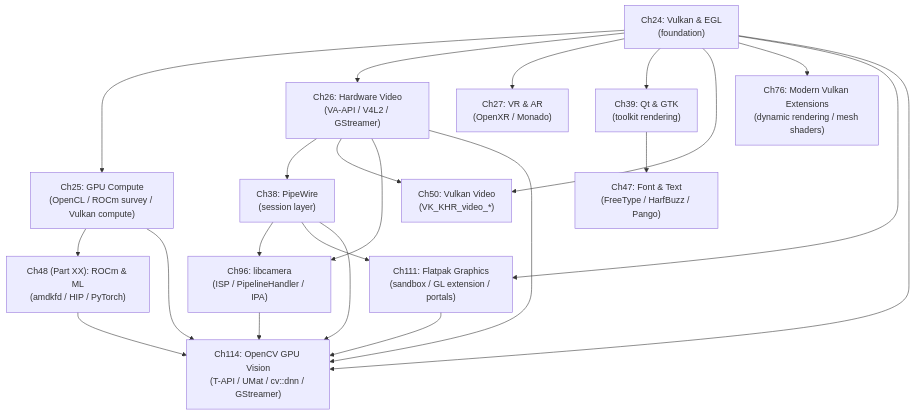
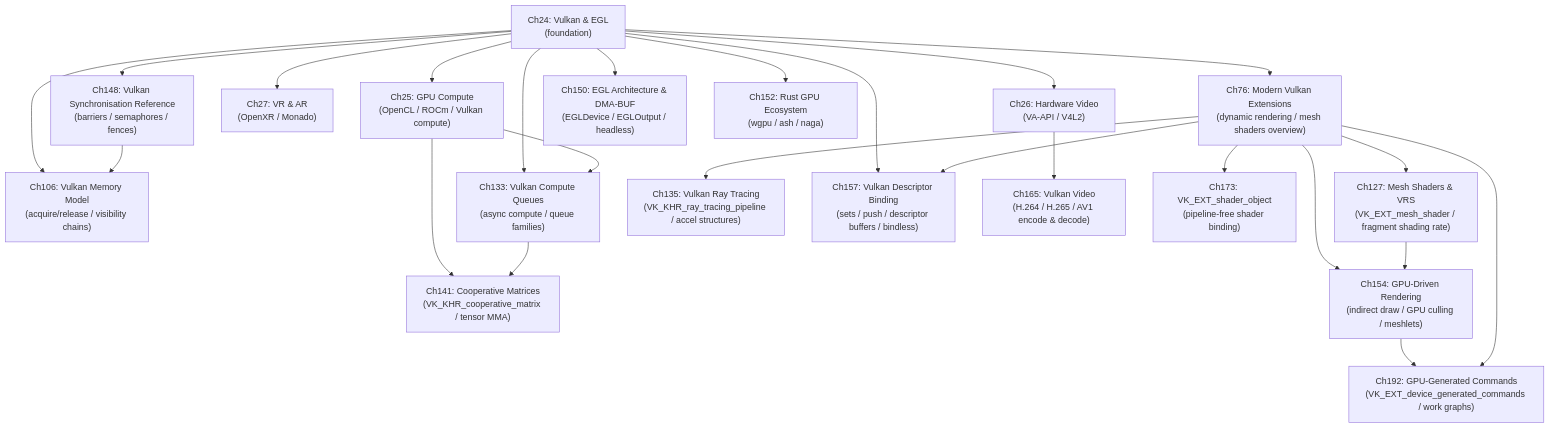
The diagram in chapters/part-07a-gpu-apis/part-intro.md (jreuben11/linux-graphics-stack-book), drawn with Mermaid before and after one commit. The commit also changed other lines of this file and 3 other files, not shown here.

````diff
--- a/chapters/part-07a-gpu-apis/part-intro.md
+++ b/chapters/part-07a-gpu-apis/part-intro.md
@@ -79,38 +67,45 @@
 ```mermaid
 graph TD
     Ch24["Ch24: Vulkan & EGL\n(foundation)"]
-    Ch25["Ch25: GPU Compute\n(OpenCL / ROCm survey / Vulkan compute)"]
-    Ch26["Ch26: Hardware Video\n(VA-API / V4L2 / GStreamer)"]
+    Ch25["Ch25: GPU Compute\n(OpenCL / ROCm / Vulkan compute)"]
+    Ch26["Ch26: Hardware Video\n(VA-API / V4L2)"]
     Ch27["Ch27: VR & AR\n(OpenXR / Monado)"]
-    Ch38["Ch38: PipeWire\n(session layer)"]
-    Ch39["Ch39: Qt & GTK\n(toolkit rendering)"]
-    Ch47["Ch47: Font & Text\n(FreeType / HarfBuzz / Pango)"]
-    Ch50["Ch50: Vulkan Video\n(VK_KHR_video_*)"]
-    Ch76["Ch76: Modern Vulkan Extensions\n(dynamic rendering / mesh shaders)"]
-    Ch96["Ch96: libcamera\n(ISP / PipelineHandler / IPA)"]
-    Ch111["Ch111: Flatpak Graphics\n(sandbox / GL extension / portals)"]
-    Ch114["Ch114: OpenCV GPU Vision\n(T-API / UMat / cv::dnn / GStreamer)"]
-    Ch48_XX["Ch48 (Part XX): ROCm & ML\n(amdkfd / HIP / PyTorch)"]
+    Ch76["Ch76: Modern Vulkan Extensions\n(dynamic rendering / mesh shaders overview)"]
+    Ch106["Ch106: Vulkan Memory Model\n(acquire/release / visibility chains)"]
+    Ch127["Ch127: Mesh Shaders & VRS\n(VK_EXT_mesh_shader / fragment shading rate)"]
+    Ch133["Ch133: Vulkan Compute Queues\n(async compute / queue families)"]
+    Ch135["Ch135: Vulkan Ray Tracing\n(VK_KHR_ray_tracing_pipeline / accel structures)"]
+    Ch141["Ch141: Cooperative Matrices\n(VK_KHR_cooperative_matrix / tensor MMA)"]
+    Ch148["Ch148: Vulkan Synchronisation Reference\n(barriers / semaphores / fences)"]
+    Ch150["Ch150: EGL Architecture & DMA-BUF\n(EGLDevice / EGLOutput / headless)"]
+    Ch152["Ch152: Rust GPU Ecosystem\n(wgpu / ash / naga)"]
+    Ch154["Ch154: GPU-Driven Rendering\n(indirect draw / GPU culling / meshlets)"]
+    Ch157["Ch157: Vulkan Descriptor Binding\n(sets / push / descriptor buffers / bindless)"]
+    Ch165["Ch165: Vulkan Video\n(H.264 / H.265 / AV1 encode & decode)"]
+    Ch173["Ch173: VK_EXT_shader_object\n(pipeline-free shader binding)"]
+    Ch192["Ch192: GPU-Generated Commands\n(VK_EXT_device_generated_commands / work graphs)"]
 
     Ch24 --> Ch25
     Ch24 --> Ch26
     Ch24 --> Ch27
-    Ch24 --> Ch39
-    Ch24 --> Ch50
     Ch24 --> Ch76
-    Ch24 --> Ch111
-    Ch24 --> Ch114
-    Ch25 --> Ch48_XX
-    Ch25 --> Ch114
-    Ch26 --> Ch38
-    Ch26 --> Ch50
-    Ch26 --> Ch96
-    Ch26 --> Ch114
-    Ch38 --> Ch96
-    Ch38 --> Ch111
-    Ch38 --> Ch114
-    Ch39 --> Ch47
-    Ch48_XX --> Ch114
-    Ch96 --> Ch114
-    Ch111 --> Ch114
+    Ch24 --> Ch106
+    Ch24 --> Ch133
+    Ch24 --> Ch148
+    Ch24 --> Ch150
+    Ch24 --> Ch152
+    Ch24 --> Ch157
+    Ch25 --> Ch133
+    Ch25 --> Ch141
+    Ch26 --> Ch165
+    Ch76 --> Ch127
+    Ch76 --> Ch135
+    Ch76 --> Ch154
+    Ch76 --> Ch157
+    Ch76 --> Ch173
+    Ch127 --> Ch154
+    Ch133 --> Ch141
+    Ch148 --> Ch106
+    Ch154 --> Ch192
+    Ch76 --> Ch192
 ```
````
